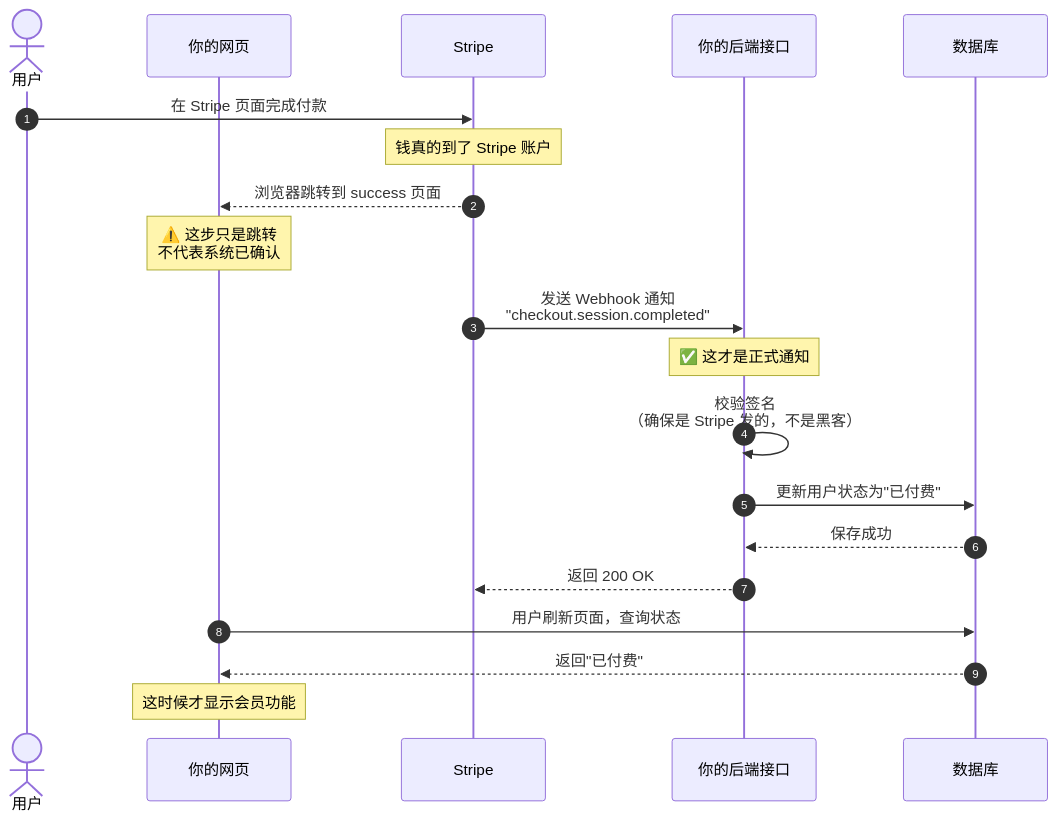
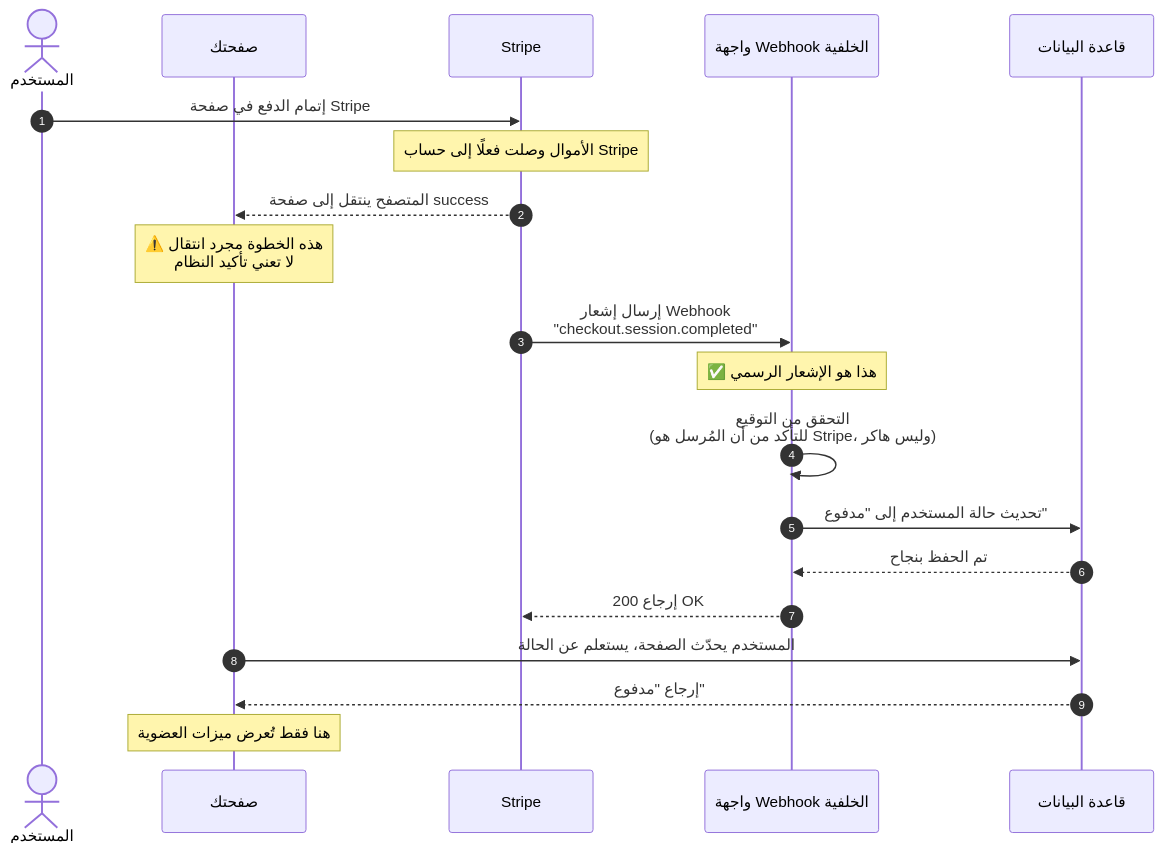
One commit to sketchymonk/easy-vibe changed the fourth of 6 diagrams in docs/ar-sa/stage-2/backend/stripe-payment/index.md. Above: the diagram before and after it, drawn with Mermaid. The commit also changed other lines of this file and 59 other files, not shown here.

````diff
--- a/docs/ar-sa/stage-2/backend/stripe-payment/index.md
+++ b/docs/ar-sa/stage-2/backend/stripe-payment/index.md
@@ -552,28 +552,28 @@
 ```mermaid
 sequenceDiagram
   autonumber
-  actor User as 用户
-  participant Frontend as 你的网页
+  actor User as المستخدم
+  participant Frontend as صفحتك
   participant Stripe as Stripe
-  participant Webhook as 你的后端接口
-  participant DB as 数据库
+  participant Webhook as واجهة Webhook الخلفية
+  participant DB as قاعدة البيانات
 
-  User->>Stripe: 在 Stripe 页面完成付款
-  Note over Stripe: 钱真的到了 Stripe 账户
+  User->>Stripe: إتمام الدفع في صفحة Stripe
+  Note over Stripe: الأموال وصلت فعلًا إلى حساب Stripe
 
-  Stripe-->>Frontend: 浏览器跳转到 success 页面
-  Note over Frontend: ⚠️ 这步只是跳转<br/>不代表系统已确认
+  Stripe-->>Frontend: المتصفح ينتقل إلى صفحة success
+  Note over Frontend: ⚠️ هذه الخطوة مجرد انتقال<br/>لا تعني تأكيد النظام
 
-  Stripe->>Webhook: 发送 Webhook 通知<br/>"checkout.session.completed"
-  Note over Webhook: ✅ 这才是正式通知
+  Stripe->>Webhook: إرسال إشعار Webhook<br/>"checkout.session.completed"
+  Note over Webhook: ✅ هذا هو الإشعار الرسمي
 
-  Webhook->>Webhook: 校验签名<br/>（确保是 Stripe 发的，不是黑客）
+  Webhook->>Webhook: التحقق من التوقيع<br/>(للتأكد من أن المُرسل هو Stripe، وليس هاكر)
 
-  Webhook->>DB: 更新用户状态为"已付费"
-  DB-->>Webhook: 保存成功
-  Webhook-->>Stripe: 返回 200 OK
+  Webhook->>DB: تحديث حالة المستخدم إلى "مدفوع"
+  DB-->>Webhook: تم الحفظ بنجاح
+  Webhook-->>Stripe: إرجاع 200 OK
 
-  Frontend->>DB: 用户刷新页面，查询状态
-  DB-->>Frontend: 返回"已付费"
-  Note over Frontend: 这时候才显示会员功能
+  Frontend->>DB: المستخدم يحدّث الصفحة، يستعلم عن الحالة
+  DB-->>Frontend: إرجاع "مدفوع"
+  Note over Frontend: هنا فقط تُعرض ميزات العضوية
 ```
````
